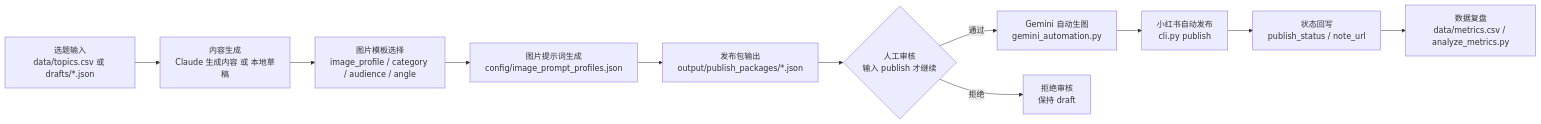
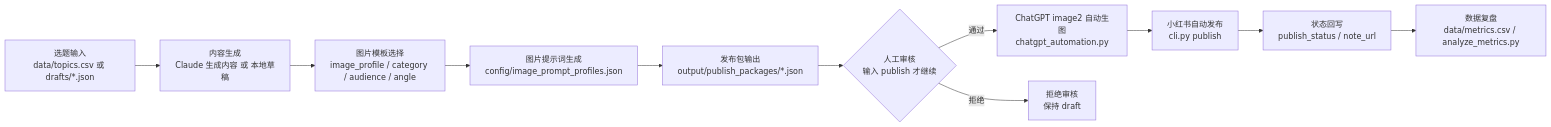
Before and after one commit to Florevia/xhs-content-workflow: the diagram in README.md, drawn with Mermaid. The commit also changed other lines of this file and 16 other files, not shown here.

````diff
--- a/README.md
+++ b/README.md
@@ -108,25 +108,25 @@
 ```mermaid
 flowchart LR
     topicInput["选题输入<br/>data/topics.csv 或 drafts/*.json"]
     contentBuild["内容生成<br/>Claude 生成内容 或 本地草稿"]
     profileSelect["图片模板选择<br/>image_profile / category / audience / angle"]
     promptRender["图片提示词生成<br/>config/image_prompt_profiles.json"]
     publishPackage["发布包输出<br/>output/publish_packages/*.json"]
     reviewGate{"人工审核<br/>输入 publish 才继续"}
-    geminiImage["Gemini 自动生图<br/>gemini_automation.py"]
+    chatgptImage["ChatGPT image2 自动生图<br/>chatgpt_automation.py"]
     xhsPublish["小红书自动发布<br/>cli.py publish"]
     publishStatus["状态回写<br/>publish_status / note_url"]
     metrics["数据复盘<br/>data/metrics.csv / analyze_metrics.py"]
     skipPublish["拒绝审核<br/>保持 draft"]
 
     topicInput --> contentBuild
     contentBuild --> profileSelect
     profileSelect --> promptRender
     promptRender --> publishPackage
     publishPackage --> reviewGate
-    reviewGate -->|通过| geminiImage
-    geminiImage --> xhsPublish
+    reviewGate -->|通过| chatgptImage
+    chatgptImage --> xhsPublish
     xhsPublish --> publishStatus
     publishStatus --> metrics
     reviewGate -->|拒绝| skipPublish
 ```
````
